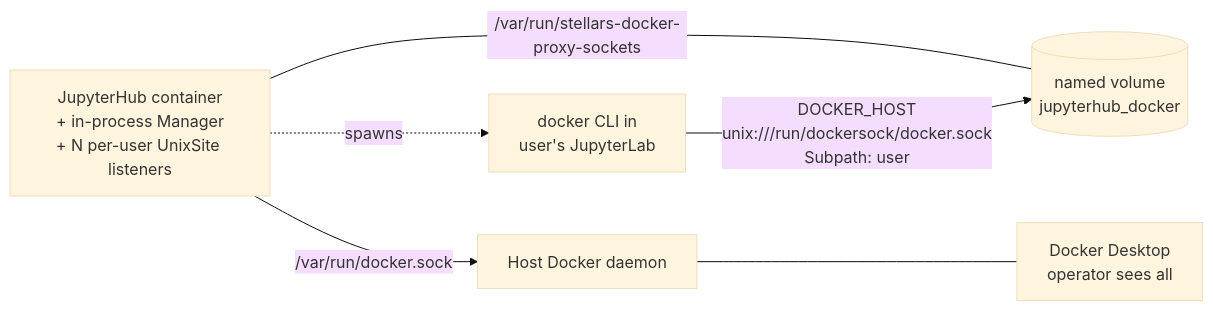
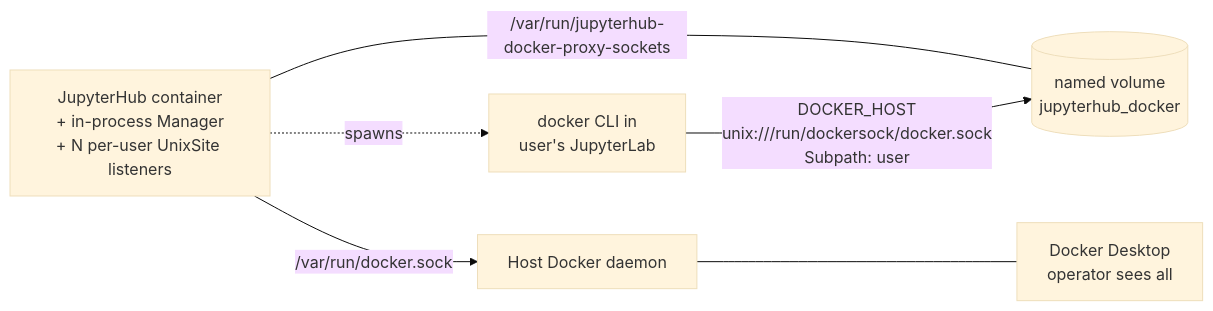
One commit to stellarshenson/stellars-jupyterhub-ds changed the first of 2 diagrams in docs/limited-docker-access.md. Above: the diagram before and after it, drawn with Mermaid (base theme). The commit also changed other lines of this file and 12 other files, not shown here.

````diff
--- a/docs/limited-docker-access.md
+++ b/docs/limited-docker-access.md
@@ -7,14 +7,14 @@
 ```mermaid
 flowchart LR
     CLI[docker CLI in<br/>user's JupyterLab]
     VOL[(named volume<br/>jupyterhub_docker)]
     HUB[JupyterHub container<br/>+ in-process Manager<br/>+ N per-user UnixSite listeners]
     DAEMON[Host Docker daemon]
     DESKTOP[Docker Desktop<br/>operator sees all]
 
-    HUB ---|/var/run/stellars-docker-proxy-sockets| VOL
+    HUB ---|/var/run/jupyterhub-docker-proxy-sockets| VOL
     CLI -->|DOCKER_HOST<br/>unix:///run/dockersock/docker.sock<br/>Subpath: user| VOL
     HUB -->|/var/run/docker.sock| DAEMON
     DAEMON --- DESKTOP
     HUB -.->|spawns| CLI
 ```
````
